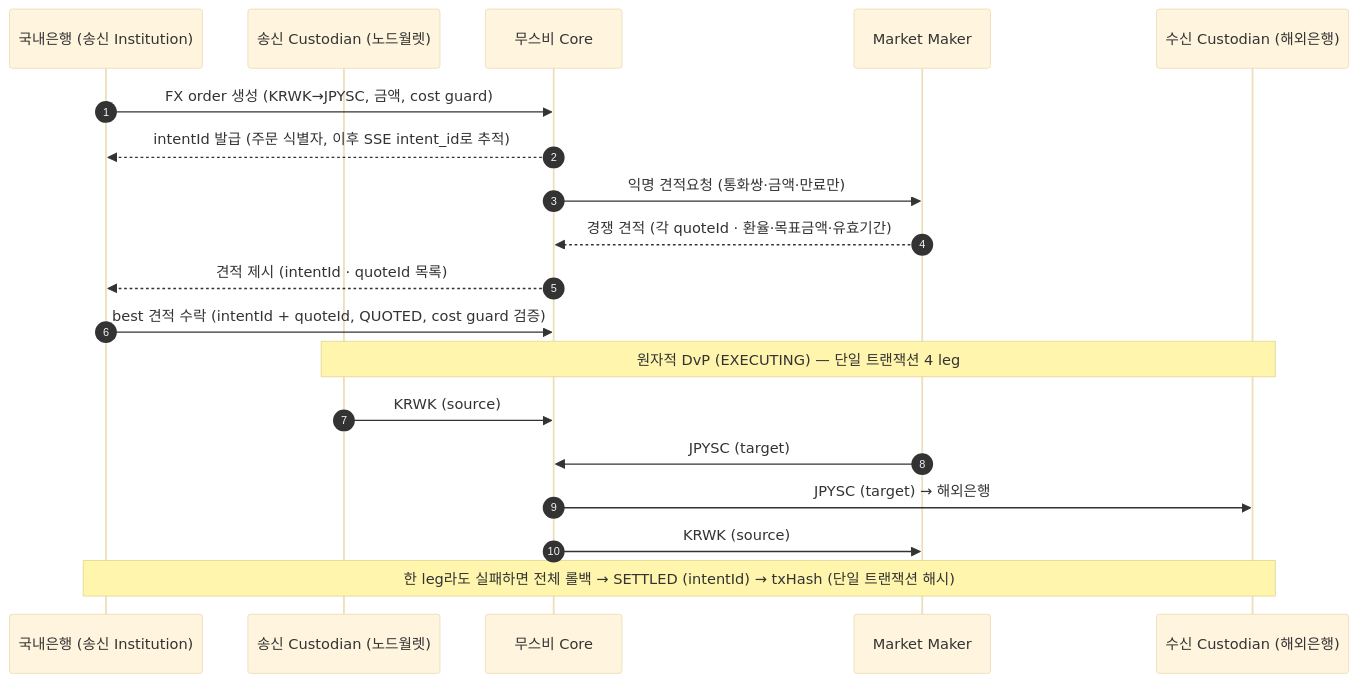
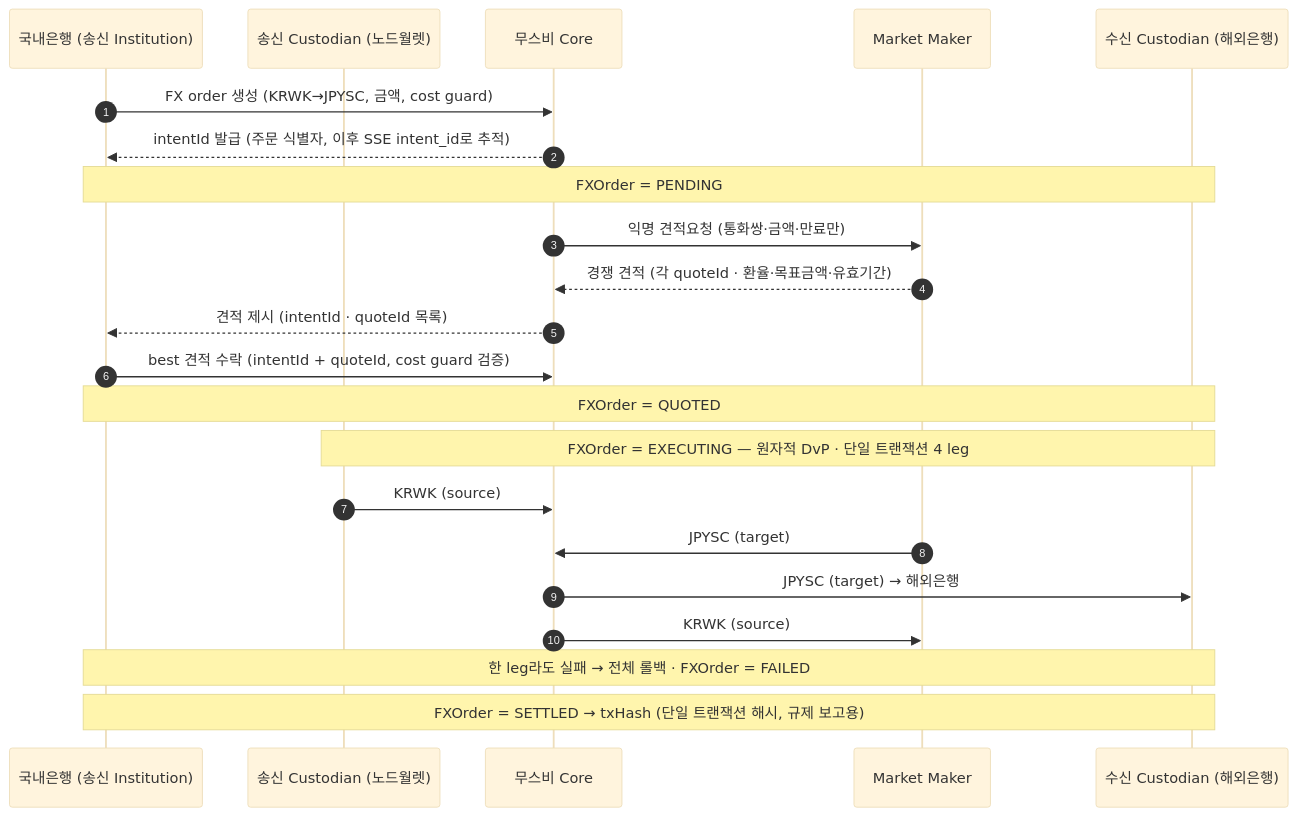
Before and after one commit to eunsujeo/canton-docs: the second of 3 diagrams in dev/docs/poc/architecture.md, drawn with Mermaid (base theme). The commit also changed other lines of this file, not shown here.

Commit message:
docs(poc): architecture §4 다이어그램에 FXOrder 상태 전이 녹임
시퀀스에 PENDING→QUOTED→EXECUTING→SETTLED(+FAILED) Note 삽입 →
musubi-overview §3와 차별화(데이터 흐름+상태), 서명 표와도 맞물림.
아래 상태 요약 줄은 중복 제거하고 EXPIRED만 보완.

````diff
--- a/dev/docs/poc/architecture.md
+++ b/dev/docs/poc/architecture.md
@@ -70,21 +70,24 @@
 ```mermaid
 sequenceDiagram
     autonumber
     participant I as 국내은행 (송신 Institution)
     participant SC as 송신 Custodian (노드월렛)
     participant V as 무스비 Core
     participant MM as Market Maker
     participant RC as 수신 Custodian (해외은행)
     I->>V: FX order 생성 (KRWK→JPYSC, 금액, cost guard)
     V-->>I: intentId 발급 (주문 식별자, 이후 SSE intent_id로 추적)
+    Note over I,RC: FXOrder = PENDING
     V->>MM: 익명 견적요청 (통화쌍·금액·만료만)
     MM-->>V: 경쟁 견적 (각 quoteId · 환율·목표금액·유효기간)
     V-->>I: 견적 제시 (intentId · quoteId 목록)
-    I->>V: best 견적 수락 (intentId + quoteId, QUOTED, cost guard 검증)
-    Note over SC,RC: 원자적 DvP (EXECUTING) — 단일 트랜잭션 4 leg
+    I->>V: best 견적 수락 (intentId + quoteId, cost guard 검증)
+    Note over I,RC: FXOrder = QUOTED
+    Note over SC,RC: FXOrder = EXECUTING — 원자적 DvP · 단일 트랜잭션 4 leg
     SC->>V: KRWK (source)
     MM->>V: JPYSC (target)
     V->>RC: JPYSC (target) → 해외은행
     V->>MM: KRWK (source)
-    Note over I,RC: 한 leg라도 실패하면 전체 롤백 → SETTLED (intentId) → txHash (단일 트랜잭션 해시)
+    Note over I,RC: 한 leg라도 실패 → 전체 롤백 · FXOrder = FAILED
+    Note over I,RC: FXOrder = SETTLED → txHash (단일 트랜잭션 해시, 규제 보고용)
 ```
````
